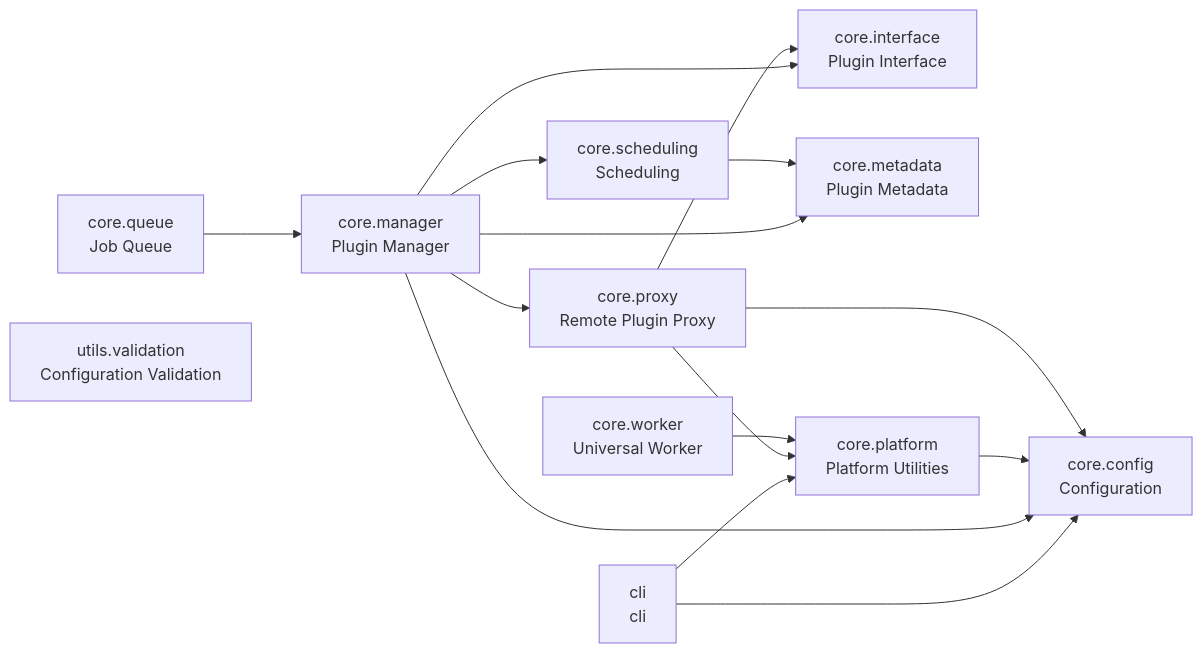
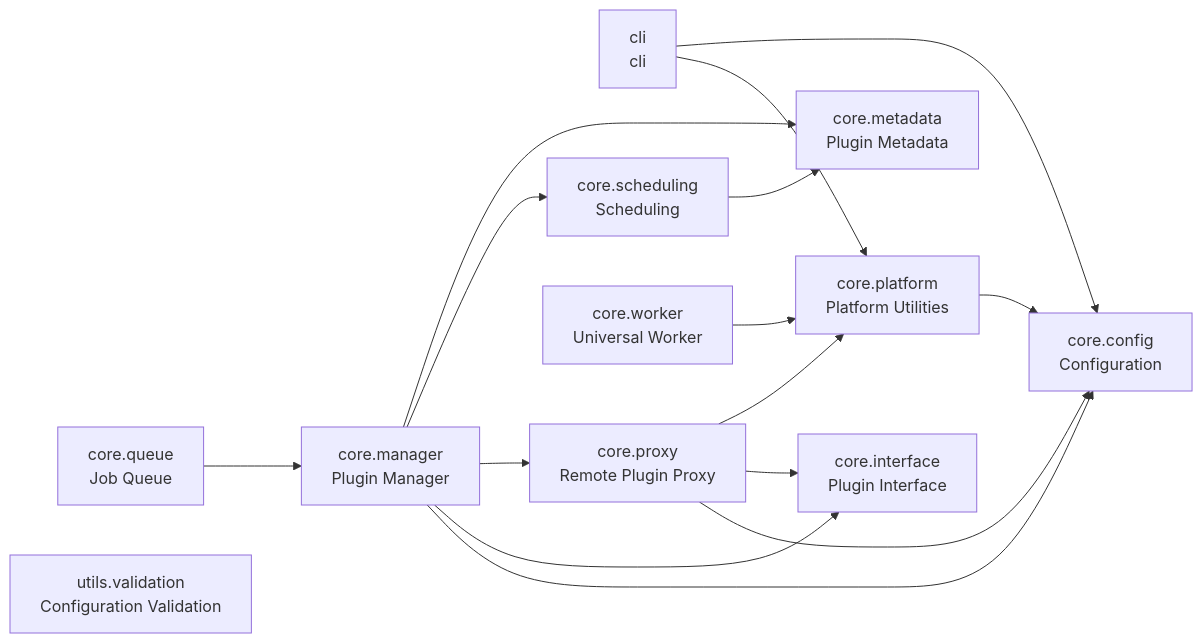
Before and after one commit to cj-mills/cjm-plugin-system: the diagram in README.md, drawn with Mermaid. The commit also changed other lines of this file and 1 other file, not shown here.

````diff
--- a/README.md
+++ b/README.md
@@ -33,29 +33,29 @@
 ``` mermaid
 graph LR
     cli[cli<br/>cli]
     core_config[core.config<br/>Configuration]
     core_interface[core.interface<br/>Plugin Interface]
     core_manager[core.manager<br/>Plugin Manager]
     core_metadata[core.metadata<br/>Plugin Metadata]
     core_platform[core.platform<br/>Platform Utilities]
     core_proxy[core.proxy<br/>Remote Plugin Proxy]
     core_queue[core.queue<br/>Job Queue]
     core_scheduling[core.scheduling<br/>Scheduling]
     core_worker[core.worker<br/>Universal Worker]
     utils_validation[utils.validation<br/>Configuration Validation]
 
+    cli --> core_config
     cli --> core_platform
-    cli --> core_config
     core_manager --> core_metadata
-    core_manager --> core_config
-    core_manager --> core_interface
     core_manager --> core_scheduling
     core_manager --> core_proxy
+    core_manager --> core_interface
+    core_manager --> core_config
     core_platform --> core_config
     core_proxy --> core_platform
+    core_proxy --> core_interface
     core_proxy --> core_config
-    core_proxy --> core_interface
     core_queue --> core_manager
     core_scheduling --> core_metadata
     core_worker --> core_platform
 ```
````
